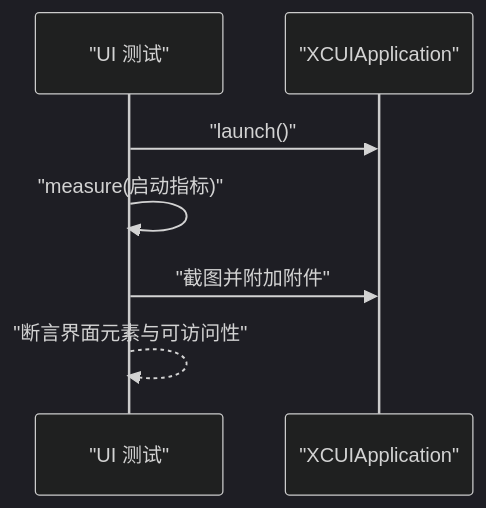
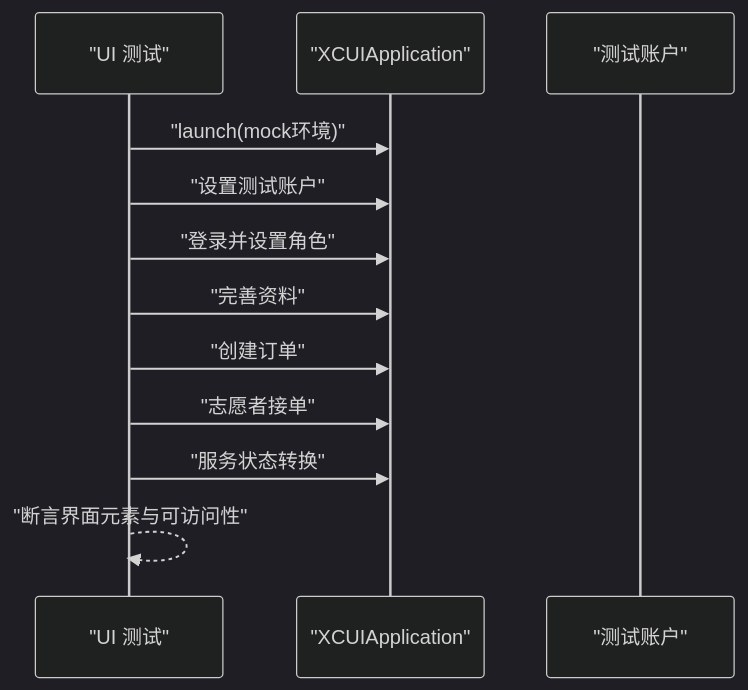
Before and after one commit to Jayden23018/blind-run-ios: the fourth of 12 diagrams in .qoder/repowiki/zh/content/测试策略/测试策略.md, drawn with Mermaid (dark theme). The commit also changed other lines of this file and 22 other files, not shown here.

````diff
--- a/.qoder/repowiki/zh/content/测试策略/测试策略.md
+++ b/.qoder/repowiki/zh/content/测试策略/测试策略.md
@@ -202,9 +237,14 @@
 ```mermaid
 sequenceDiagram
 participant Test as "UI 测试"
 participant App as "XCUIApplication"
-Test->>App : "launch()"
-Test->>Test : "measure(启动指标)"
-Test->>App : "截图并附加附件"
+participant TA as "测试账户"
+Test->>App : "launch(mock环境)"
+Test->>App : "设置测试账户"
+Test->>App : "登录并设置角色"
+Test->>App : "完善资料"
+Test->>App : "创建订单"
+Test->>App : "志愿者接单"
+Test->>App : "服务状态转换"
 Test-->>Test : "断言界面元素与可访问性"
 ```
````
